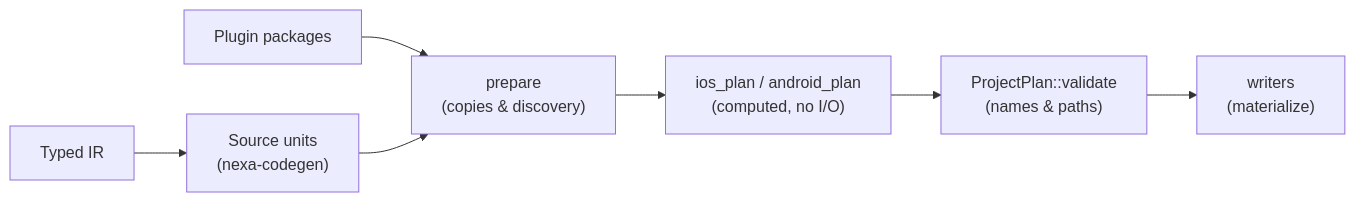
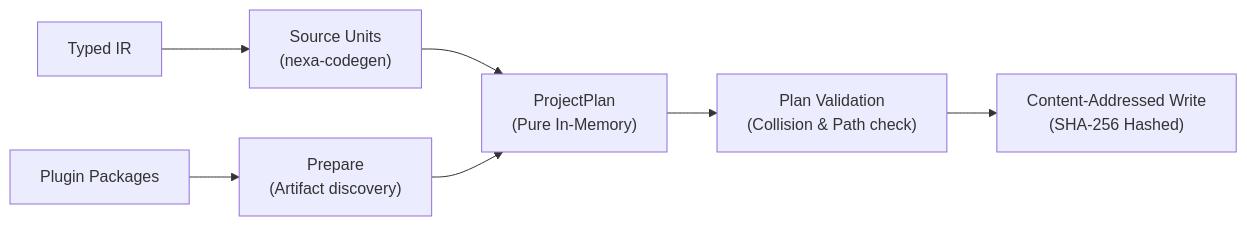
One commit to pigeonmal/nexa changed the second of 2 diagrams in docs/architecture.md. Above: the diagram before and after it, drawn with Mermaid. The commit also changed other lines of this file and 12 other files, not shown here.

````diff
--- a/docs/architecture.md
+++ b/docs/architecture.md
@@ -88,9 +112,9 @@
 ```mermaid
 graph LR
-    IR["Typed IR"] --> Units["Source units\n(nexa-codegen)"]
-    Pkgs["Plugin packages"] --> Prepare["prepare\n(copies & discovery)"]
-    Units --> Prepare
-    Prepare --> Plan["ios_plan / android_plan\n(computed, no I/O)"]
-    Plan --> Validate["ProjectPlan::validate\n(names & paths)"]
-    Validate --> Write["writers\n(materialize)"]
+    IR["Typed IR"] --> Units["Source Units\n(nexa-codegen)"]
+    Pkgs["Plugin Packages"] --> Prepare["Prepare\n(Artifact discovery)"]
+    Units --> Plan["ProjectPlan\n(Pure In-Memory)"]
+    Prepare --> Plan
+    Plan --> Validate["Plan Validation\n(Collision & Path check)"]
+    Validate --> Write["Content-Addressed Write\n(SHA-256 Hashed)"]
 ```
````
